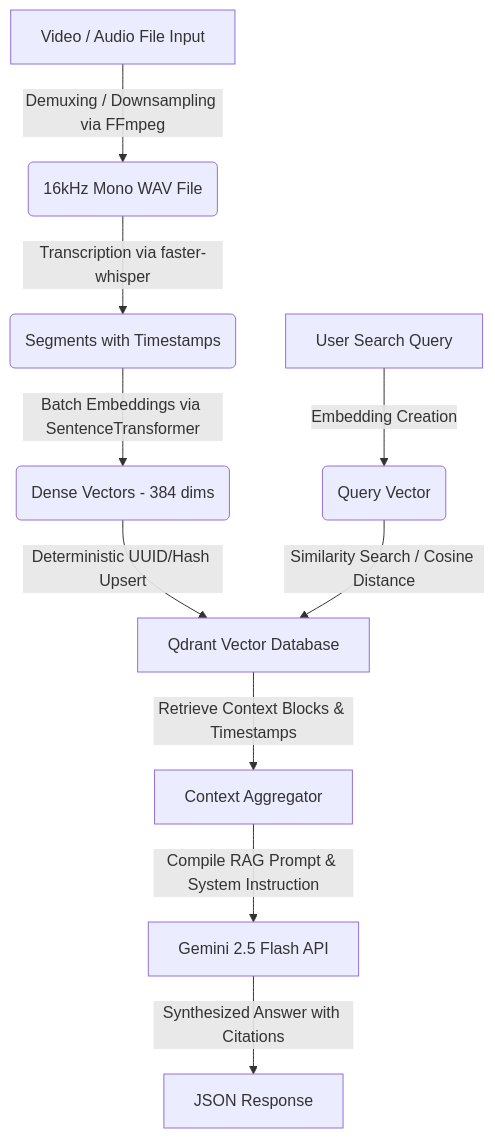
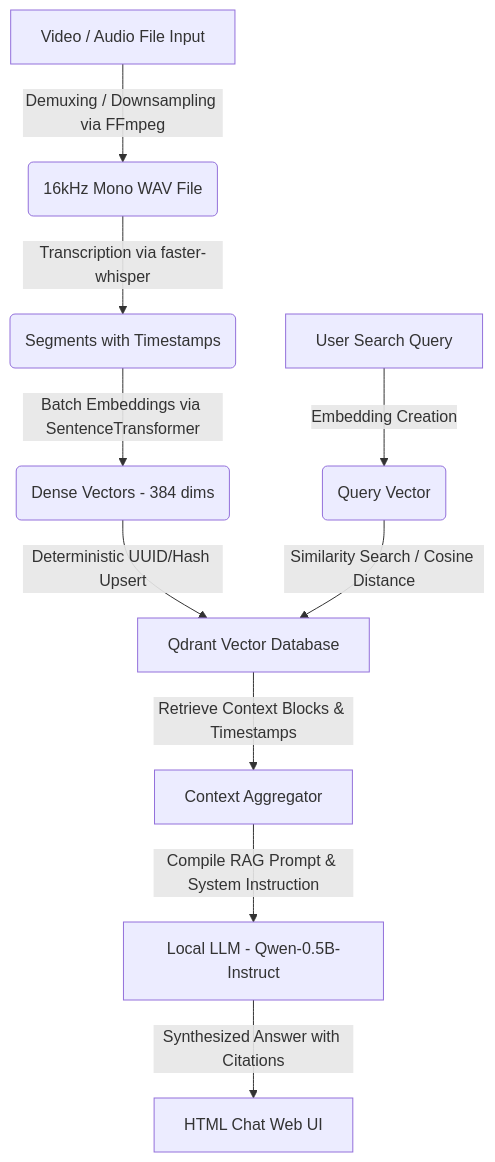
The diagram in README.md (vashisht7/LocalStream_AI), drawn with Mermaid before and after one commit. The commit also changed other lines of this file and 6 other files, not shown here.

Commit message:
Feature: Switch to 100% Local RAG with Qwen-0.5B-Instruct and serve Glassmorphic Web UI

````diff
--- a/README.md
+++ b/README.md
@@ -21,12 +22,12 @@
 ```mermaid
 graph TD
     A[Video / Audio File Input] -->|Demuxing / Downsampling via FFmpeg| B(16kHz Mono WAV File)
     B -->|Transcription via faster-whisper| C(Segments with Timestamps)
     C -->|Batch Embeddings via SentenceTransformer| D(Dense Vectors - 384 dims)
     D -->|Deterministic UUID/Hash Upsert| E[Qdrant Vector Database]
     F[User Search Query] -->|Embedding Creation| G(Query Vector)
     G -->|Similarity Search / Cosine Distance| E
     E -->|Retrieve Context Blocks & Timestamps| H[Context Aggregator]
-    H -->|Compile RAG Prompt & System Instruction| I[Gemini 2.5 Flash API]
-    I -->|Synthesized Answer with Citations| J[JSON Response]
+    H -->|Compile RAG Prompt & System Instruction| I[Local LLM - Qwen-0.5B-Instruct]
+    I -->|Synthesized Answer with Citations| J[HTML Chat Web UI]
 ```
````
